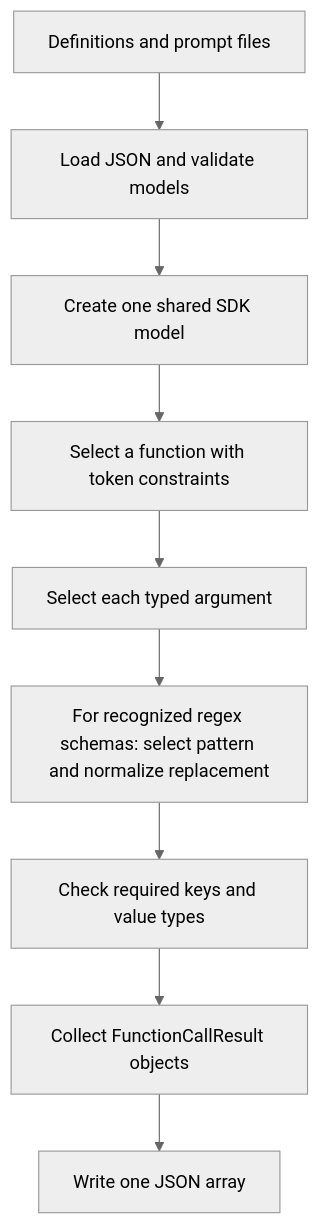
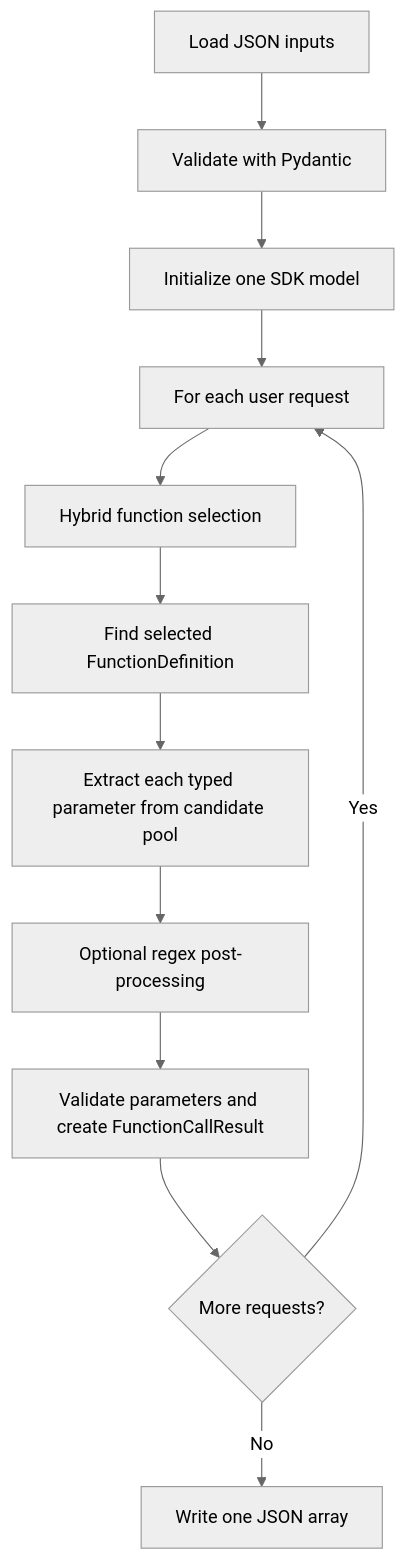
Before and after one commit to cerkurt/call_me_maybe__42_curriculum: the first of 2 diagrams in README.md, drawn with Mermaid (neutral theme). The commit also changed other lines of this file and 2 other files, not shown here.

````diff
--- a/README.md
+++ b/README.md
@@ -282,11 +351,14 @@
 ```mermaid
 flowchart TD
-    A["Definitions and prompt files"] --> B["Load JSON and validate models"]
-    B --> C["Create one shared SDK model"]
-    C --> D["Select a function with token constraints"]
-    D --> E["Select each typed argument"]
-    E --> R["For recognized regex schemas: select pattern and normalize replacement"]
-    R --> F["Check required keys and value types"]
-    F --> G["Collect FunctionCallResult objects"]
-    G --> H["Write one JSON array"]
+  A[Load JSON inputs] --> B[Validate with Pydantic]
+  B --> C[Initialize one SDK model]
+  C --> D[For each user request]
+  D --> E[Hybrid function selection]
+  E --> F[Find selected FunctionDefinition]
+  F --> G[Extract each typed parameter from candidate pool]
+  G --> H[Optional regex post-processing]
+  H --> I[Validate parameters and create FunctionCallResult]
+  I --> J{More requests?}
+  J -->|Yes| D
+  J -->|No| K[Write one JSON array]
 ```
````
